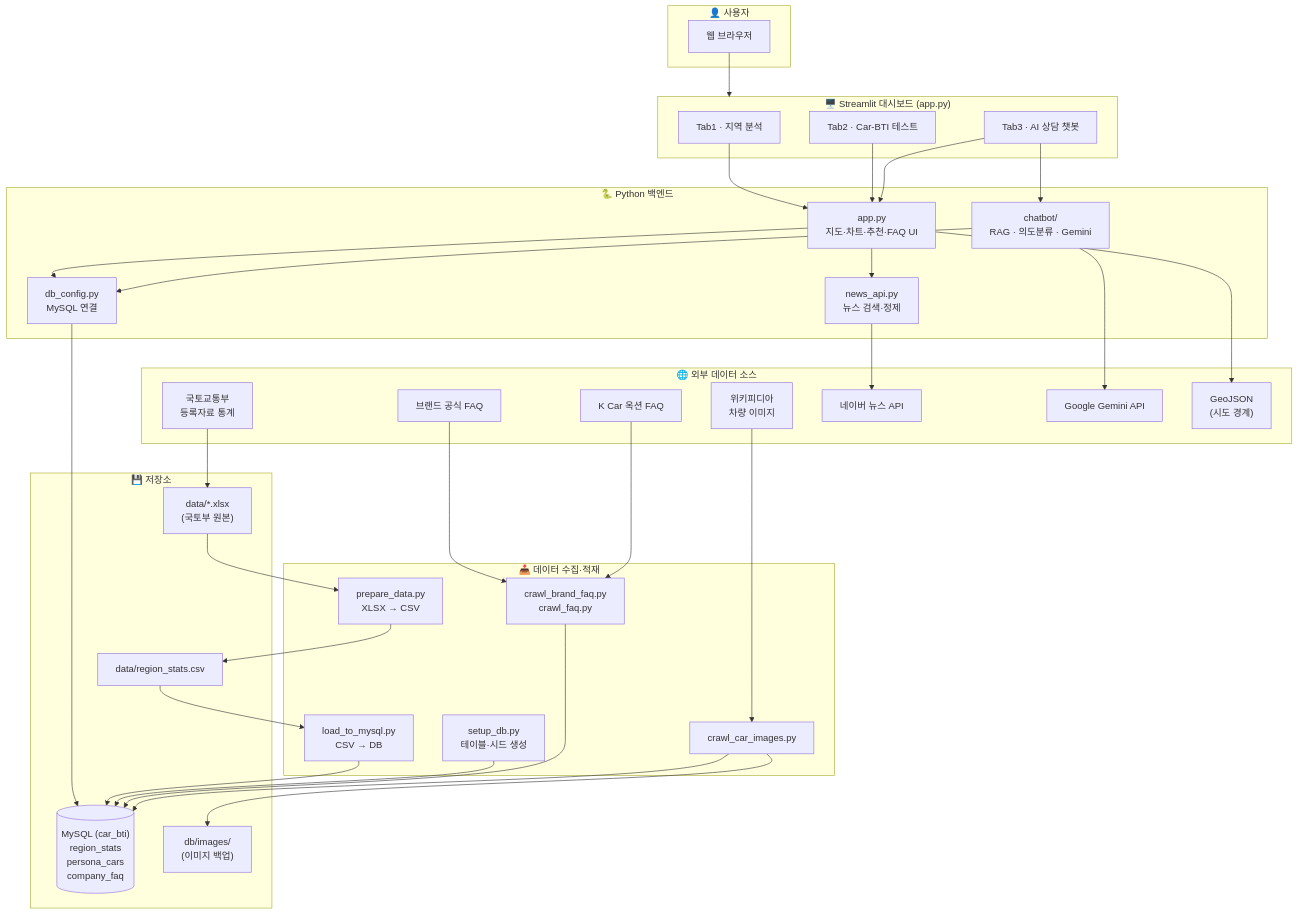
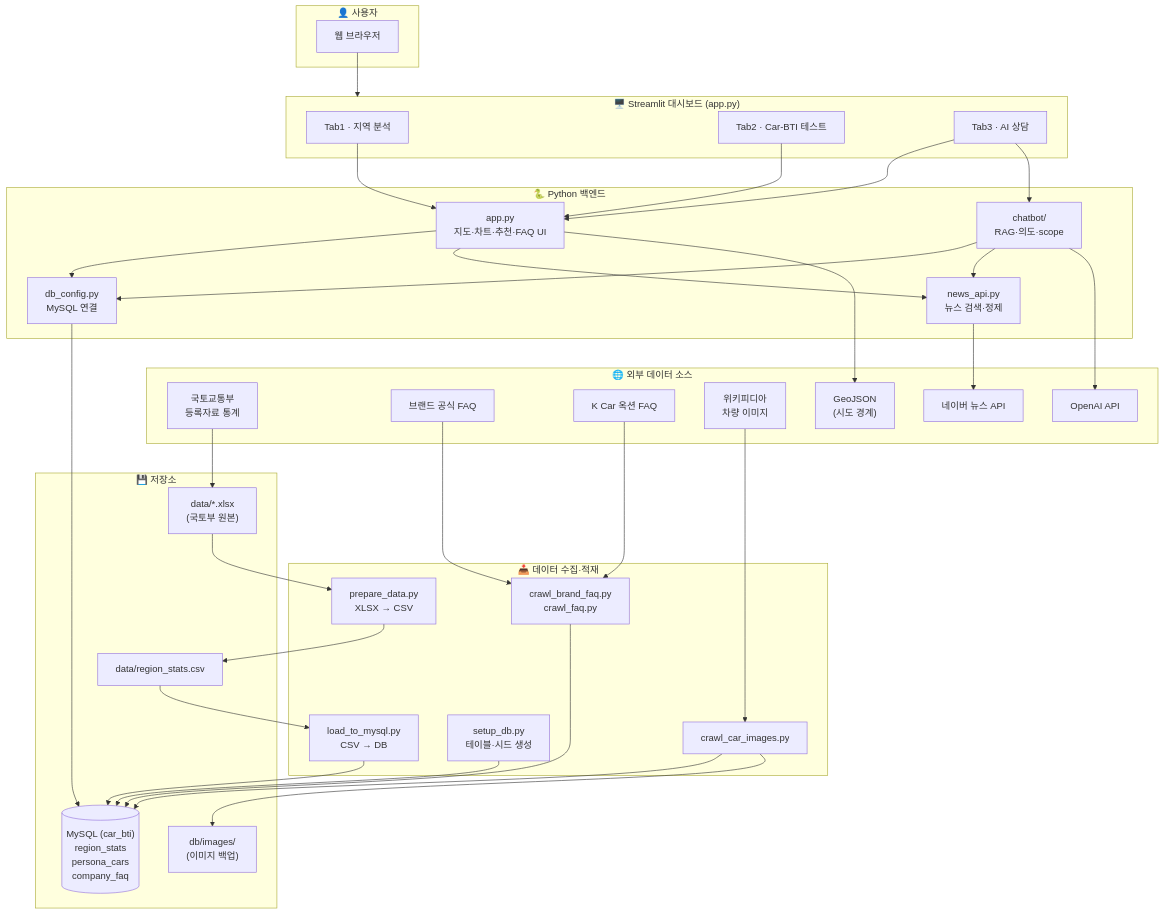
The first of 4 diagrams in README.md (SKNETWORKS-FAMILY-AICAMP/SKN34-1st-3Team), drawn with Mermaid before and after one commit. The commit also changed other lines of this file and 14 other files, not shown here.

````diff
--- a/README.md
+++ b/README.md
@@ -63,65 +62,66 @@
 ```mermaid
 flowchart TB
     subgraph User["👤 사용자"]
         Browser["웹 브라우저"]
     end
 
     subgraph App["🖥️ Streamlit 대시보드 (app.py)"]
         Tab1["Tab1 · 지역 분석"]
         Tab2["Tab2 · Car-BTI 테스트"]
-        Tab3["Tab3 · AI 상담 챗봇"]
+        Tab3["Tab3 · AI 상담"]
     end
 
     subgraph Python["🐍 Python 백엔드"]
         AppCore["app.py<br/>지도·차트·추천·FAQ UI"]
-        Chatbot["chatbot/<br/>RAG · 의도분류 · Gemini"]
+        Chatbot["chatbot/<br/>RAG·의도·scope"]
         NewsAPI["news_api.py<br/>뉴스 검색·정제"]
         DBConfig["db_config.py<br/>MySQL 연결"]
     end
 
     subgraph DataPipeline["📥 데이터 수집·적재"]
         Prepare["prepare_data.py<br/>XLSX → CSV"]
         Load["load_to_mysql.py<br/>CSV → DB"]
         Setup["setup_db.py<br/>테이블·시드 생성"]
         CrawlFAQ["crawl_brand_faq.py<br/>crawl_faq.py"]
         CrawlImg["crawl_car_images.py"]
     end
 
     subgraph Storage["💾 저장소"]
         MySQL[("MySQL (car_bti)<br/>region_stats<br/>persona_cars<br/>company_faq")]
         CSV["data/region_stats.csv"]
         XLSX["data/*.xlsx<br/>(국토부 원본)"]
         LocalImg["db/images/<br/>(이미지 백업)"]
     end
 
     subgraph External["🌐 외부 데이터 소스"]
         MOLIT["국토교통부<br/>등록자료 통계"]
         BrandSites["브랜드 공식 FAQ"]
         KCar["K Car 옥션 FAQ"]
         Wiki["위키피디아<br/>차량 이미지"]
         Naver["네이버 뉴스 API"]
-        Gemini["Google Gemini API"]
+        OpenAI["OpenAI API"]
         GeoJSON["GeoJSON<br/>(시도 경계)"]
     end
 
     Browser --> App
     Tab1 & Tab2 & Tab3 --> AppCore
     Tab3 --> Chatbot
 
     AppCore --> DBConfig
     Chatbot --> DBConfig
-    Chatbot --> Gemini
+    Chatbot --> NewsAPI
+    Chatbot --> OpenAI
     AppCore --> NewsAPI
     NewsAPI --> Naver
     AppCore --> GeoJSON
 
     DBConfig --> MySQL
 
     MOLIT --> XLSX
     XLSX --> Prepare --> CSV --> Load --> MySQL
     Setup --> MySQL
 
     BrandSites & KCar --> CrawlFAQ --> MySQL
     Wiki --> CrawlImg --> MySQL
     CrawlImg --> LocalImg
 ```
````
